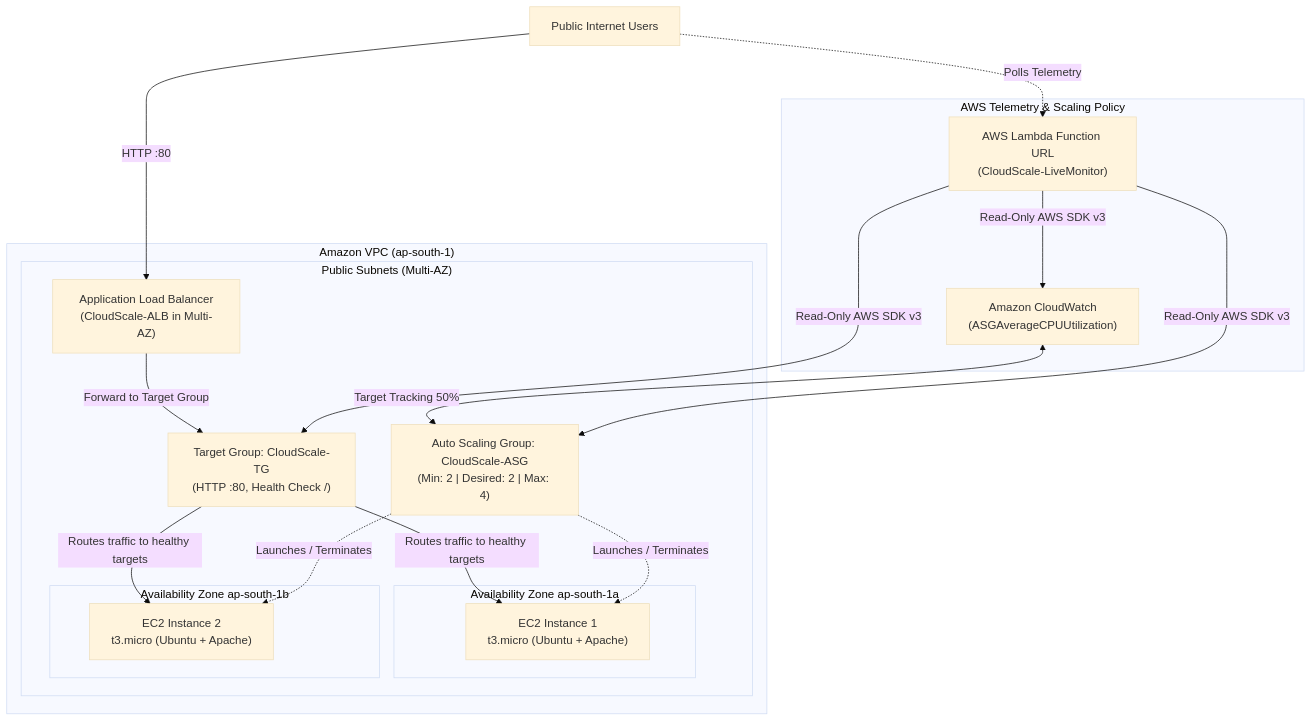
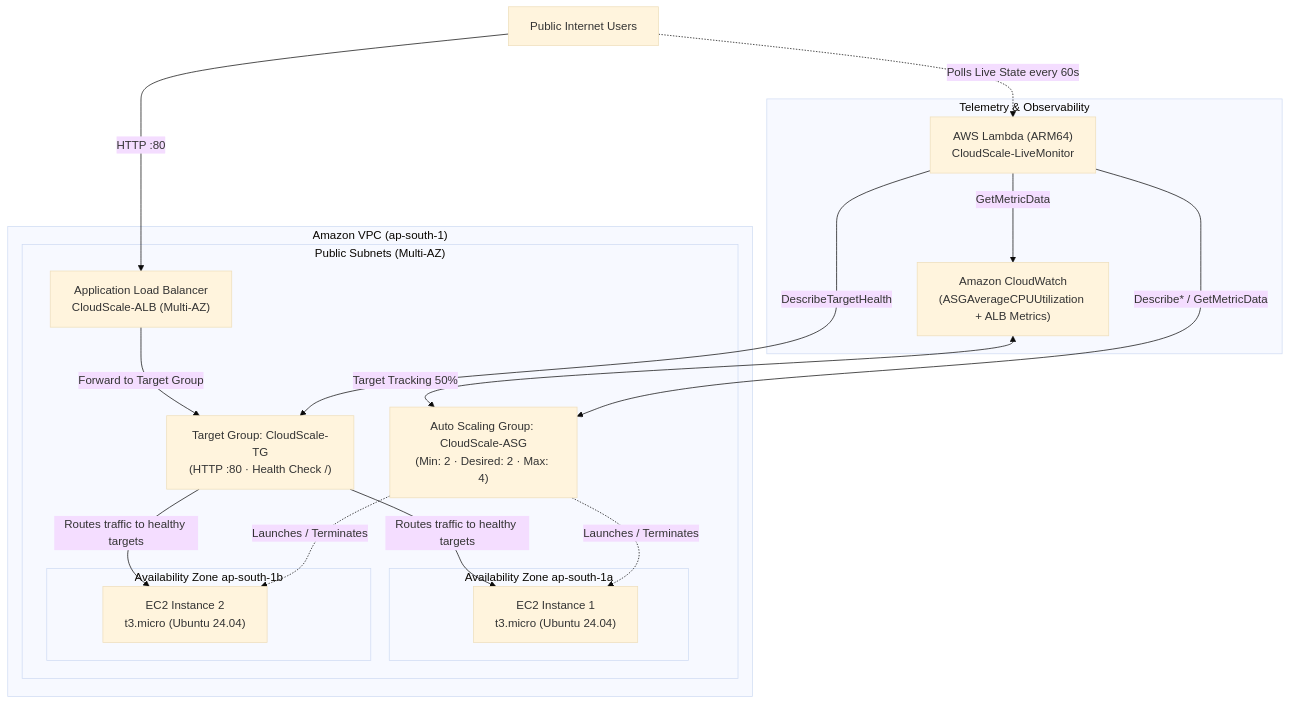
The diagram in README.md (arnav365/cloudscale-alb-autoscaling), drawn with Mermaid (base theme) before and after one commit. The commit also changed other lines of this file, not shown here.

Commit message:
docs: update CloudScale README and verify live demo URL

````diff
--- a/README.md
+++ b/README.md
@@ -96,33 +91,33 @@
 ```mermaid
 graph TD
-    User["Public Internet Users"] -->|HTTP :80| ALB["Application Load Balancer<br/>(CloudScale-ALB in Multi-AZ)"]
+    User["Public Internet Users"] -->|HTTP :80| ALB["Application Load Balancer<br/>CloudScale-ALB (Multi-AZ)"]
     
     subgraph VPC ["Amazon VPC (ap-south-1)"]
         subgraph PublicSubnets ["Public Subnets (Multi-AZ)"]
-            ALB -->|Forward to Target Group| TG["Target Group: CloudScale-TG<br/>(HTTP :80, Health Check /)"]
+            ALB -->|Forward to Target Group| TG["Target Group: CloudScale-TG<br/>(HTTP :80 · Health Check /)"]
             
             subgraph AZ1 ["Availability Zone ap-south-1a"]
-                EC2_1["EC2 Instance 1<br/>t3.micro (Ubuntu + Apache)"]
+                EC2_1["EC2 Instance 1<br/>t3.micro (Ubuntu 24.04)"]
             end
             
             subgraph AZ2 ["Availability Zone ap-south-1b"]
-                EC2_2["EC2 Instance 2<br/>t3.micro (Ubuntu + Apache)"]
+                EC2_2["EC2 Instance 2<br/>t3.micro (Ubuntu 24.04)"]
             end
             
             TG -->|Routes traffic to healthy targets| EC2_1
             TG -->|Routes traffic to healthy targets| EC2_2
             
-            ASG["Auto Scaling Group: CloudScale-ASG<br/>(Min: 2 | Desired: 2 | Max: 4)"] -.->|Launches / Terminates| EC2_1
+            ASG["Auto Scaling Group: CloudScale-ASG<br/>(Min: 2 · Desired: 2 · Max: 4)"] -.->|Launches / Terminates| EC2_1
             ASG -.->|Launches / Terminates| EC2_2
         end
     end
     
-    subgraph Monitoring ["AWS Telemetry & Scaling Policy"]
-        CW["Amazon CloudWatch<br/>(ASGAverageCPUUtilization)"] <-->|Target Tracking 50%| ASG
-        Lambda["AWS Lambda Function URL<br/>(CloudScale-LiveMonitor)"] -->|Read-Only AWS SDK v3| ASG
-        Lambda -->|Read-Only AWS SDK v3| TG
-        Lambda -->|Read-Only AWS SDK v3| CW
+    subgraph Observability ["Telemetry & Observability"]
+        CW["Amazon CloudWatch<br/>(ASGAverageCPUUtilization + ALB Metrics)"] <-->|Target Tracking 50%| ASG
+        Lambda["AWS Lambda (ARM64)<br/>CloudScale-LiveMonitor"] -->|Describe* / GetMetricData| ASG
+        Lambda -->|DescribeTargetHealth| TG
+        Lambda -->|GetMetricData| CW
     end
     
-    User -.->|Polls Telemetry| Lambda
+    User -.->|Polls Live State every 60s| Lambda
 ```
````
